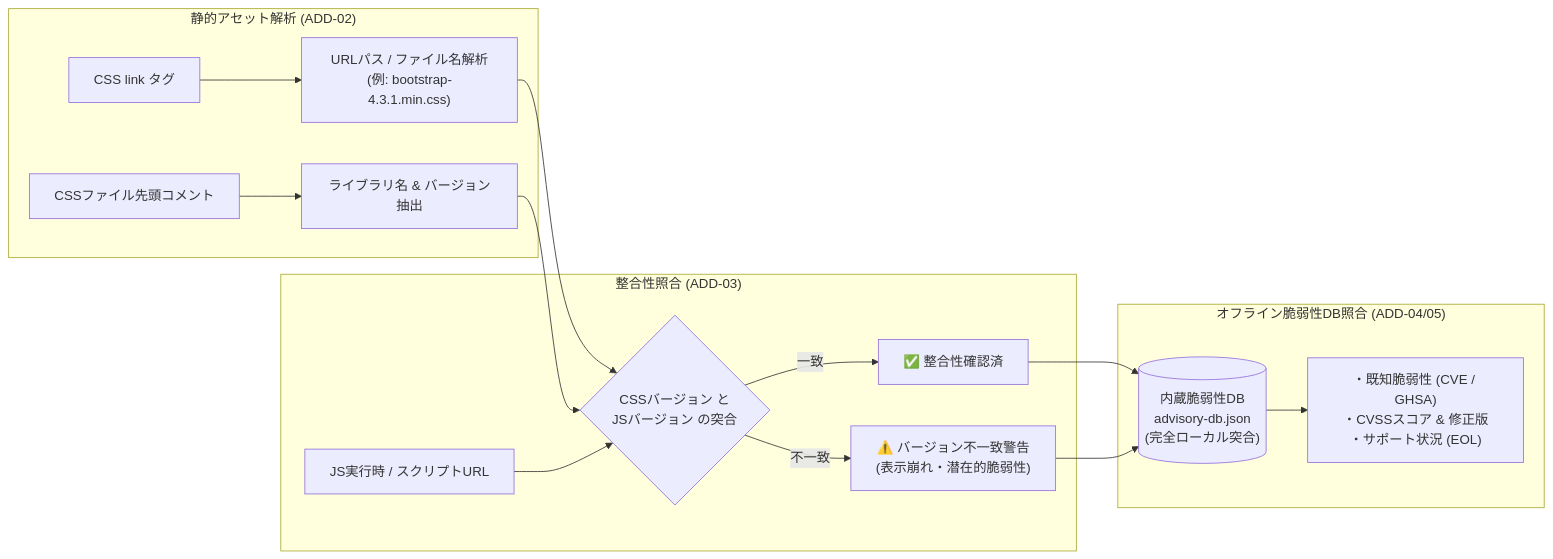
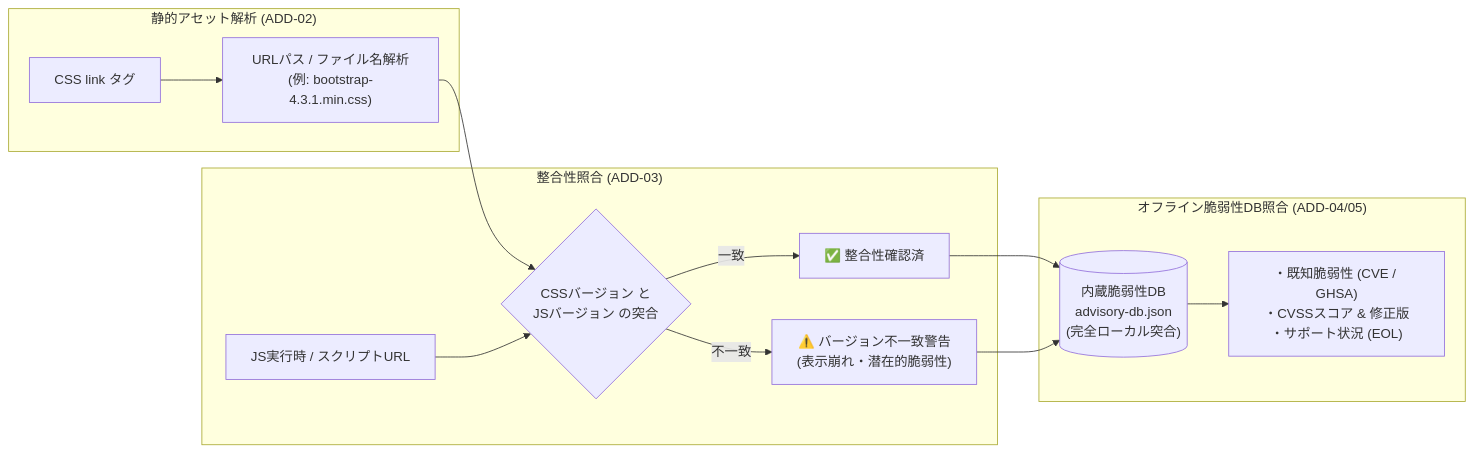
One commit to moritama/web-inspector changed the diagram in docs/phases/PHASE_2_LIBRARY_SECURITY.md. Above: the diagram before and after it, drawn with Mermaid. The commit also changed other lines of this file and 8 other files, not shown here.

````diff
--- a/docs/phases/PHASE_2_LIBRARY_SECURITY.md
+++ b/docs/phases/PHASE_2_LIBRARY_SECURITY.md
@@ -15,21 +15,19 @@
 ```mermaid
 flowchart LR
     subgraph AssetInspection ["静的アセット解析 (ADD-02)"]
         CSSLinks["CSS link タグ"] --> URLParse["URLパス / ファイル名解析<br>(例: bootstrap-4.3.1.min.css)"]
-        CSSComments["CSSファイル先頭コメント"] --> CommentParse["ライブラリ名 & バージョン抽出"]
     end
 
     subgraph IntegrityCheck ["整合性照合 (ADD-03)"]
         URLParse --> Matcher{"CSSバージョン と<br>JSバージョン の突合"}
-        CommentParse --> Matcher
         JSSymbols["JS実行時 / スクリプトURL"] --> Matcher
         Matcher -->|不一致| MismatchAlert["⚠️ バージョン不一致警告<br>(表示崩れ・潜在的脆弱性)"]
         Matcher -->|一致| MatchOK["✅ 整合性確認済"]
     end
 
     subgraph OfflineAdvisory ["オフライン脆弱性DB照合 (ADD-04/05)"]
         MatchOK --> LocalDB[("内蔵脆弱性DB<br>advisory-db.json<br>(完全ローカル突合)")]
         MismatchAlert --> LocalDB
         LocalDB --> AdvisoryReport["・既知脆弱性 (CVE / GHSA)<br>・CVSSスコア & 修正版<br>・サポート状況 (EOL)"]
     end
 ```
````
